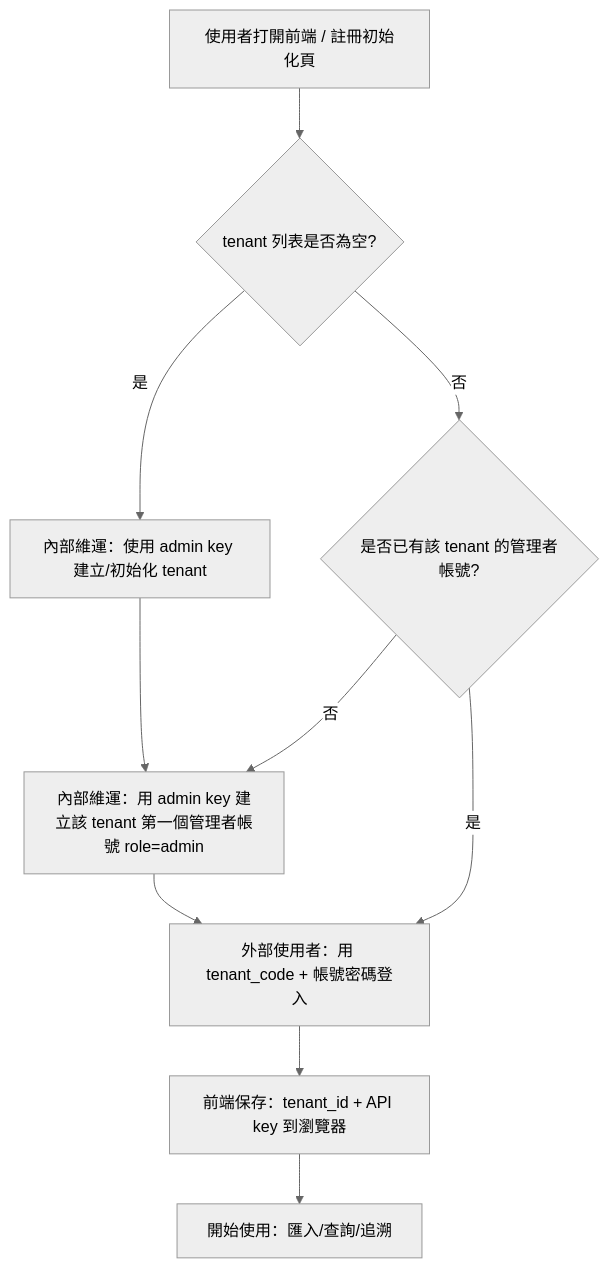
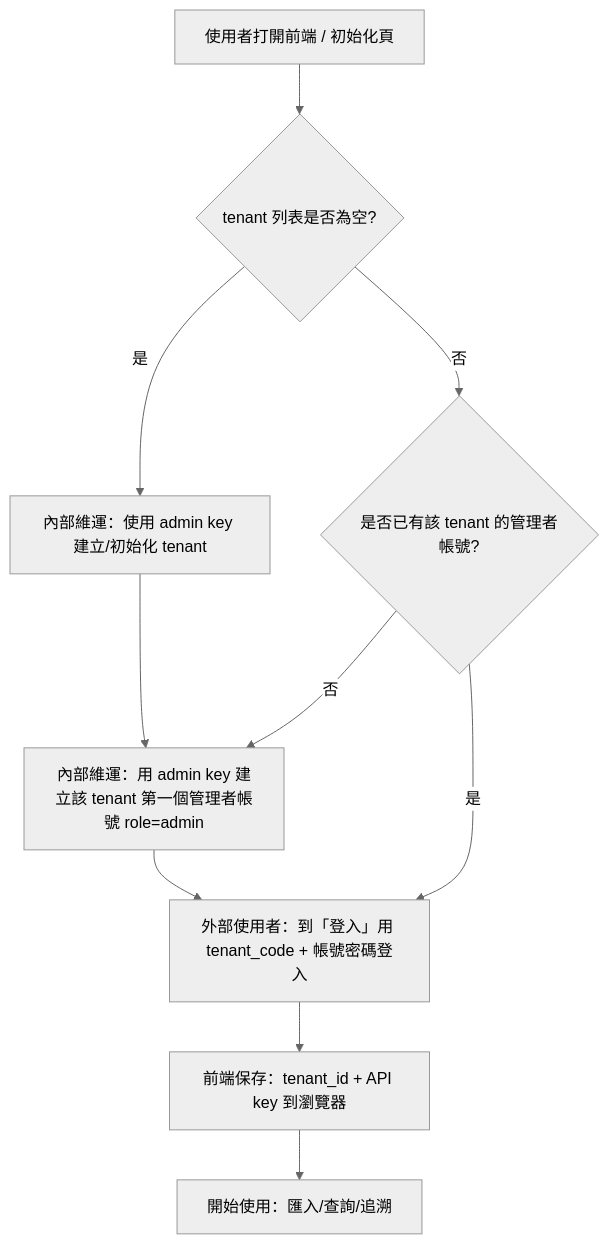
Before and after one commit to yucheng384752/Form-analysis-server-specify-kit: the first of 2 diagrams in getting-started/REGISTRATION_FLOW.md, drawn with Mermaid (neutral theme). The commit also changed other lines of this file and 18 other files, not shown here.

````diff
--- a/getting-started/REGISTRATION_FLOW.md
+++ b/getting-started/REGISTRATION_FLOW.md
@@ -16,15 +22,15 @@
 ```mermaid
 flowchart TD
-  A[使用者打開前端 / 註冊初始化頁] --> B{tenant 列表是否為空?}
+  A[使用者打開前端 / 初始化頁] --> B{tenant 列表是否為空?}
 
   B -- 是 --> C[內部維運：使用 admin key 建立/初始化 tenant]
   C --> D[內部維運：用 admin key 建立該 tenant 第一個管理者帳號 role=admin]
-  D --> E[外部使用者：用 tenant_code + 帳號密碼登入]
+  D --> E[外部使用者：到「登入」用 tenant_code + 帳號密碼登入]
 
   B -- 否 --> F{是否已有該 tenant 的管理者帳號?}
   F -- 否 --> D
   F -- 是 --> E
 
   E --> G[前端保存：tenant_id + API key 到瀏覽器]
   G --> H[開始使用：匯入/查詢/追溯]
 ```
````
